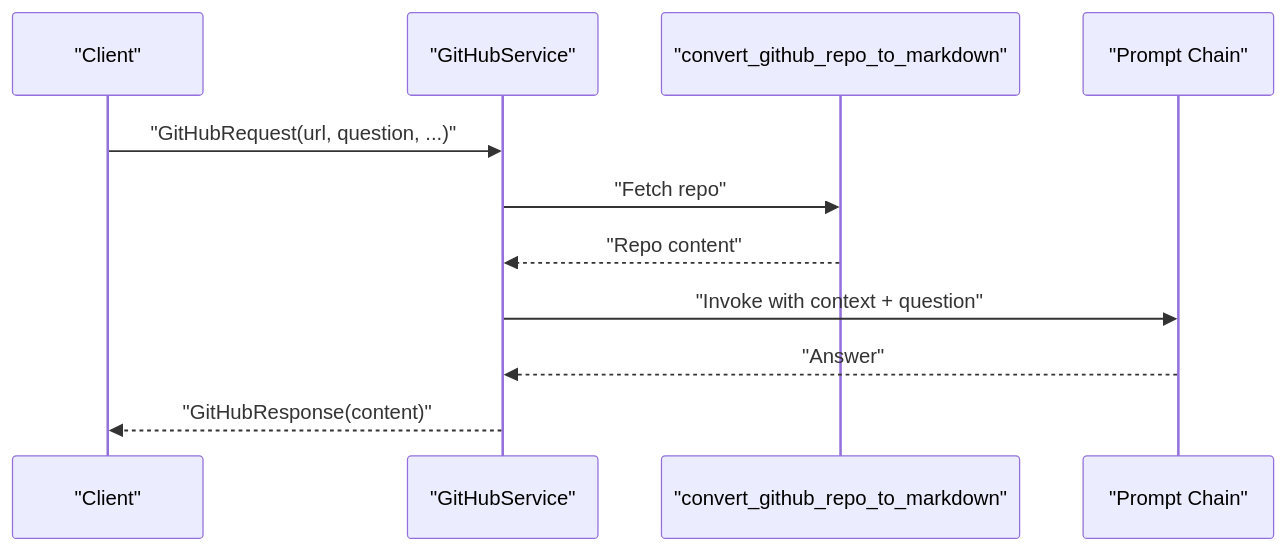
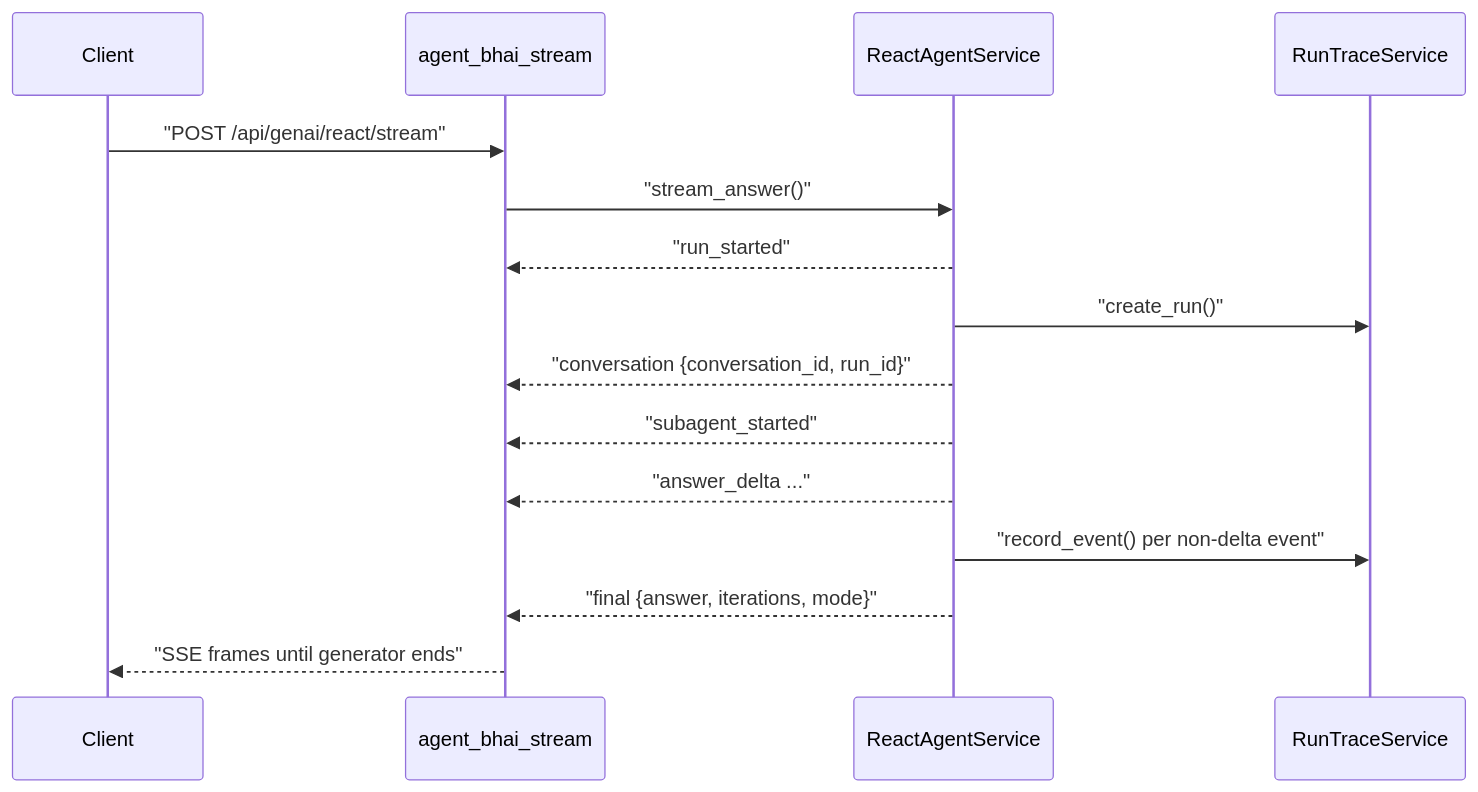
The fourth of 6 diagrams in src/data/docs/agentic-browser/Data Models and Schemas/Service Integration Models.md (tashifkhan/tashif.codes), drawn with Mermaid before and after one commit. The commit also changed other lines of this file and 114 other files, not shown here.

````diff
--- a/src/data/docs/agentic-browser/Data Models and Schemas/Service Integration Models.md
+++ b/src/data/docs/agentic-browser/Data Models and Schemas/Service Integration Models.md
@@ -183,13 +162,17 @@
 ```mermaid
 sequenceDiagram
-participant Client as "Client"
-participant Service as "GitHubService"
-participant Tool as "convert_github_repo_to_markdown"
-participant LLM as "Prompt Chain"
-Client->>Service : "GitHubRequest(url, question, ...)"
-Service->>Tool : "Fetch repo"
-Tool-->>Service : "Repo content"
-Service->>LLM : "Invoke with context + question"
-LLM-->>Service : "Answer"
-Service-->>Client : "GitHubResponse(content)"
+  participant X as Client
+  participant R as agent_bhai_stream
+  participant S as ReactAgentService
+  participant T as RunTraceService
+  X->>R: "POST /api/genai/react/stream"
+  R->>S: "stream_answer()"
+  S-->>R: "run_started"
+  S->>T: "create_run()"
+  S-->>R: "conversation {conversation_id, run_id}"
+  S-->>R: "subagent_started"
+  S-->>R: "answer_delta ..."
+  S->>T: "record_event() per non-delta event"
+  S-->>R: "final {answer, iterations, mode}"
+  R-->>X: "SSE frames until generator ends"
 ```
````
